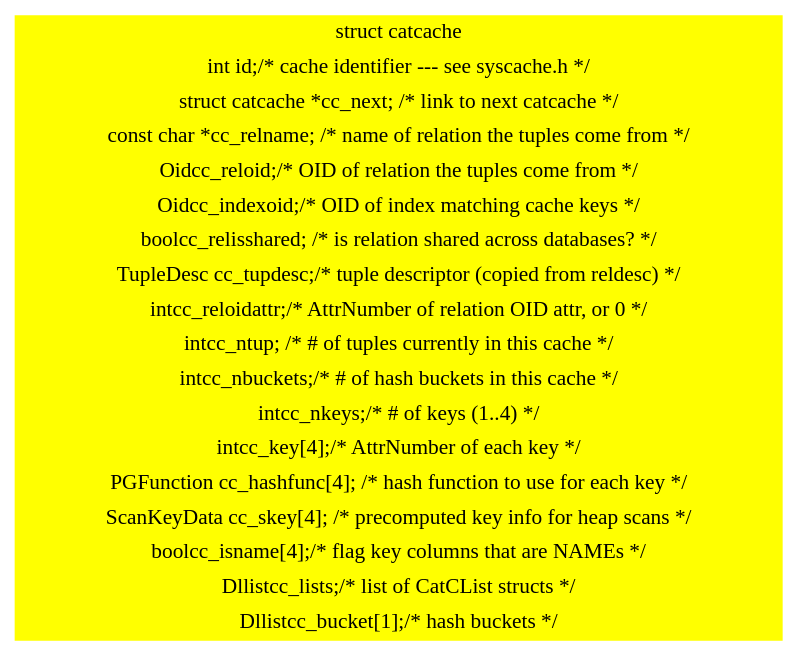
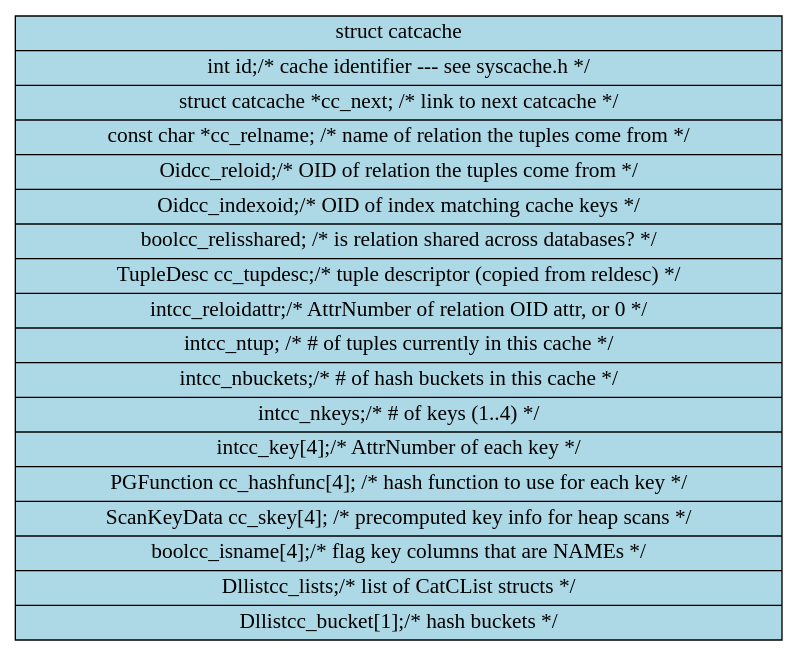
One commit to mawentao007/posgre changed the diagram in catcache.dot. Above: the diagram before and after it, drawn with Graphviz. The commit also changed 6 other files, not shown here.

```diff
--- a/catcache.dot
+++ b/catcache.dot
@@ -1,43 +1,46 @@
 digraph g{
 	graph[
 		rankdir = "LR"
 		bgcolor = "white"
 		style="filled"
 		gradientangle = 270
 		];
 
 	node[
 		fontsize = "16"
 		shape = "record"
 		style = "filled"
-		color = "yellow"
+
 		gradientangle=90
 		];
 	edge[
 		];
 
 	"catcache"[
 		label = "struct catcache
 		|int id;	/* cache identifier --- see syscache.h */
 		|struct catcache *cc_next; /* link to next catcache */
 		|const char *cc_relname; /* name of relation the tuples come from */
 		|Oid	cc_reloid;	/* OID of relation the tuples come from */
 		|Oid	cc_indexoid;	/* OID of index matching cache keys */
 		|bool	cc_relisshared; /* is relation shared across databases? */
 		|TupleDesc cc_tupdesc;	/* tuple descriptor (copied from reldesc) */
 		|int	cc_reloidattr;	/* AttrNumber of relation OID attr, or 0 */
 		|int	cc_ntup;   /* # of tuples currently in this cache */
 		|int	cc_nbuckets;	/* # of hash buckets in this cache */
 		|int	cc_nkeys;	/* # of keys (1..4) */
 		|int	cc_key[4];	/* AttrNumber of each key */
 		|PGFunction cc_hashfunc[4]; /* hash function to use for each key */
 		|ScanKeyData cc_skey[4]; /* precomputed key info for heap scans */
 		|bool	cc_isname[4];	/* flag key columns that are NAMEs */
 		|Dllist	cc_lists;	/* list of CatCList structs */
 		|Dllist	cc_bucket[1];	/* hash buckets */
+
 		"
+
+		fillcolor = "lightblue"
 			];
 
 
 
 }
```
